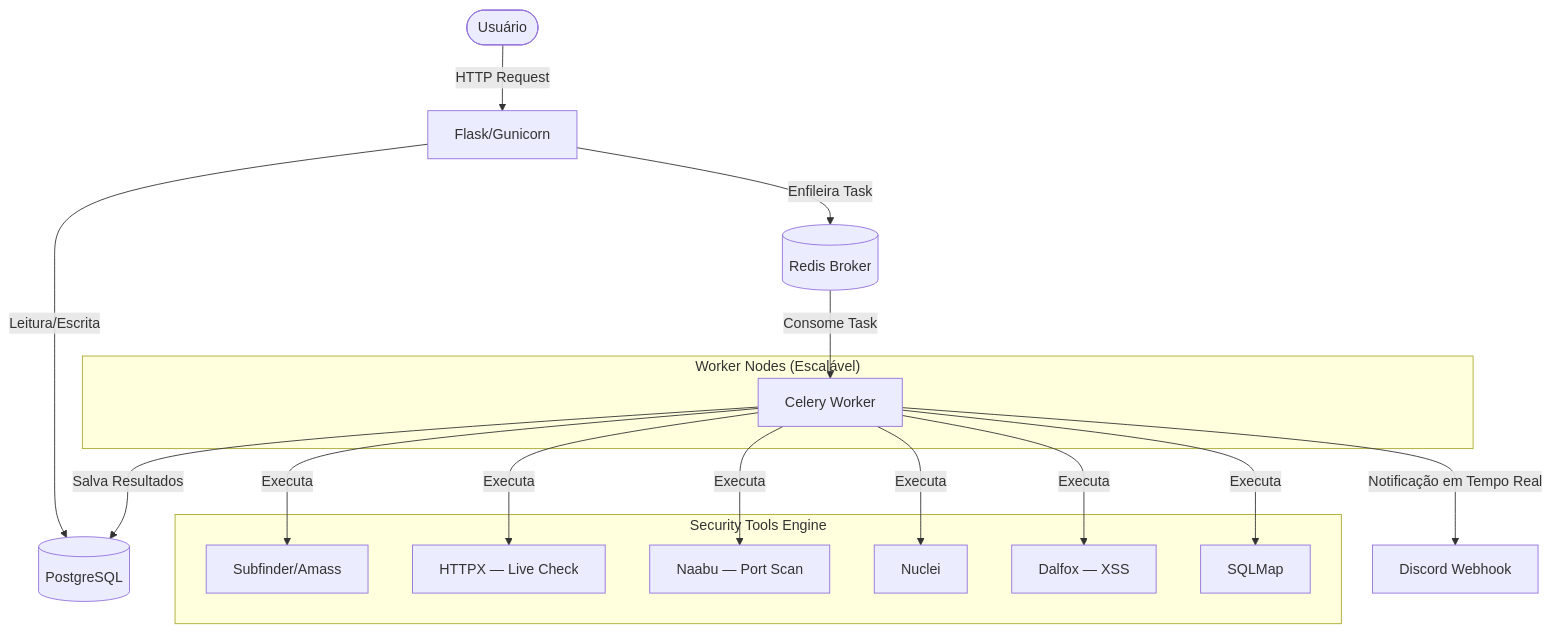
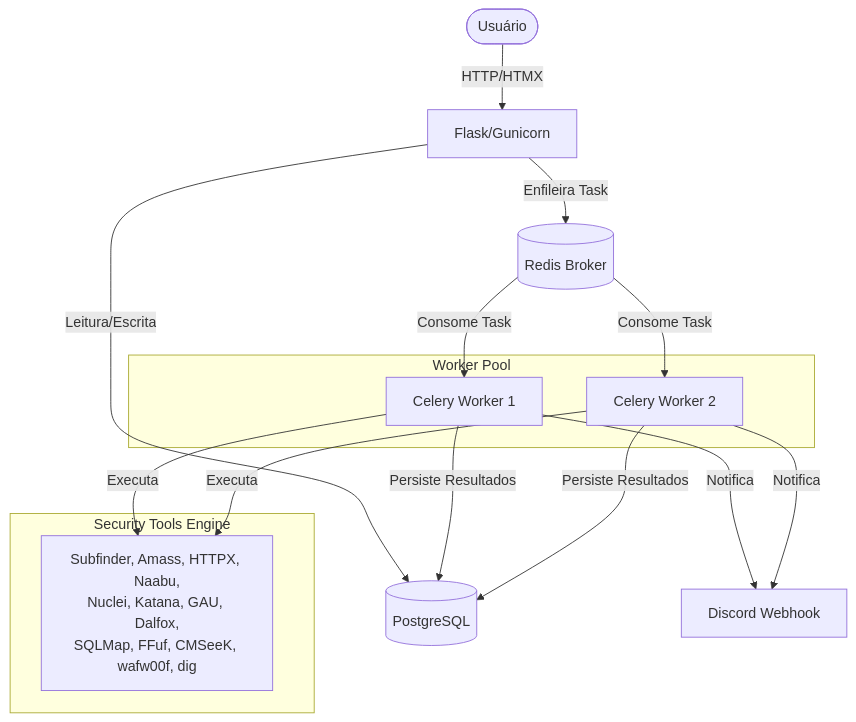
One commit to Sonael/BugBounty_Monitor changed the first of 3 diagrams in readme.md. Above: the diagram before and after it, drawn with Mermaid. The commit also changed other lines of this file, not shown here.

````diff
--- a/readme.md
+++ b/readme.md
@@ -21,24 +29,26 @@
 ```mermaid
 graph TD
- User([Usuário]) -->|HTTP Request| Web[Flask/Gunicorn]
+ User([Usuário]) -->|HTTP/HTMX| Web[Flask/Gunicorn]
  Web -->|Leitura/Escrita| DB[(PostgreSQL)]
  Web -->|Enfileira Task| Redis[(Redis Broker)]
 
- subgraph "Worker Nodes (Escalável)"
- Worker[Celery Worker]
+ subgraph "Worker Pool"
+ Worker1[Celery Worker 1]
+ Worker2[Celery Worker 2]
  end
 
- Redis -->|Consome Task| Worker
- Worker -->|Salva Resultados| DB
+ Redis -->|Consome Task| Worker1
+ Redis -->|Consome Task| Worker2
+ Worker1 -->|Persiste Resultados| DB
+ Worker2 -->|Persiste Resultados| DB
 
  subgraph "Security Tools Engine"
- Worker -->|Executa| Subfinder[Subfinder/Amass]
- Worker -->|Executa| HTTPX[HTTPX — Live Check]
- Worker -->|Executa| Naabu[Naabu — Port Scan]
- Worker -->|Executa| Nuclei[Nuclei]
- Worker -->|Executa| Dalfox[Dalfox — XSS]
- Worker -->|Executa| SQLMap[SQLMap]
+ Tools[Subfinder, Amass, HTTPX, Naabu,<br/>Nuclei, Katana, GAU, Dalfox,<br/>SQLMap, FFuf, CMSeeK, wafw00f, dig]
  end
 
- Worker -->|Notificação em Tempo Real| Discord[Discord Webhook]
+ Worker1 -->|Executa| Tools
+ Worker2 -->|Executa| Tools
+
+ Worker1 -->|Notifica| Discord[Discord Webhook]
+ Worker2 -->|Notifica| Discord
 ```
````
